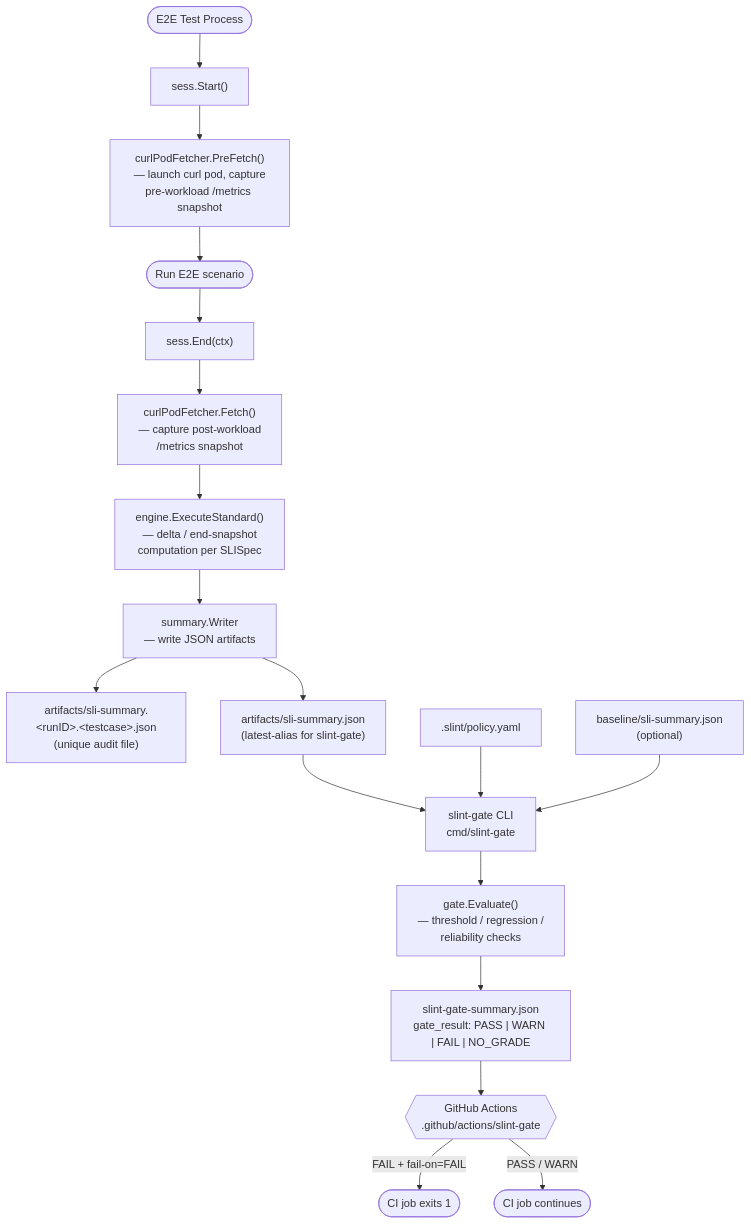
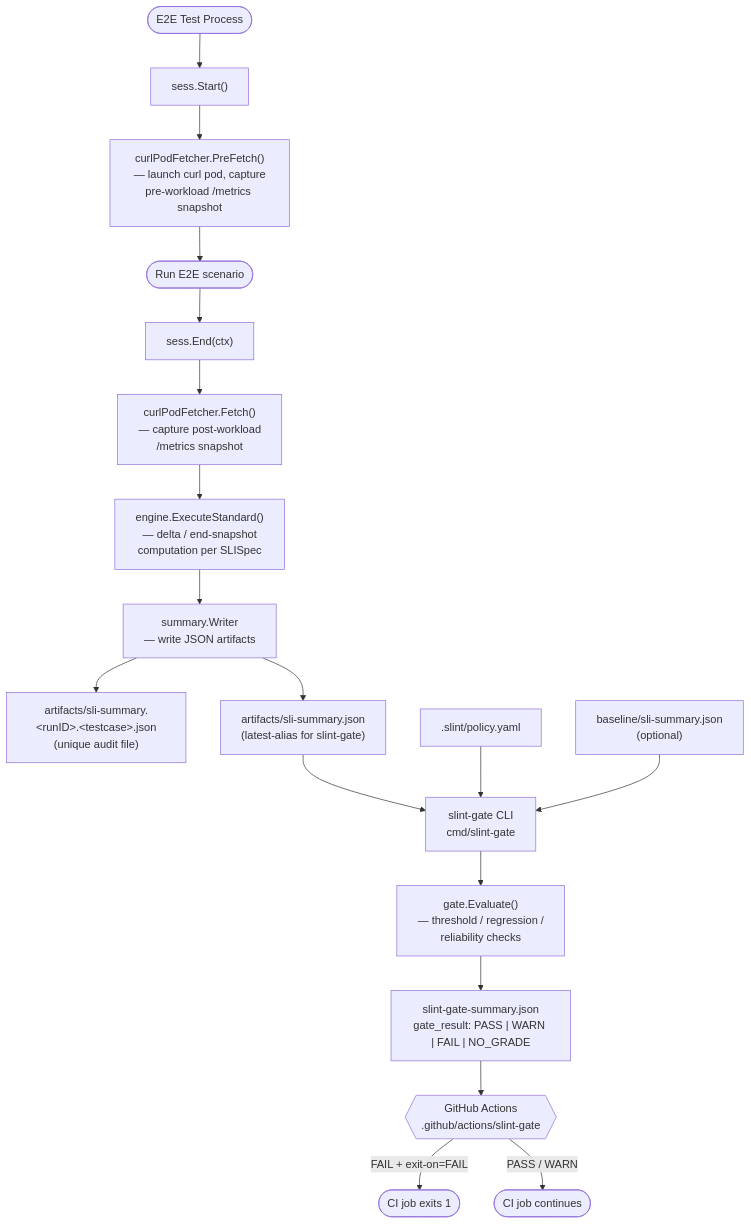
Before and after one commit to HeaInSeo/kube-slint: the diagram in docs/architecture.md, drawn with Mermaid. The commit also changed other lines of this file and 4 other files, not shown here.

````diff
--- a/docs/architecture.md
+++ b/docs/architecture.md
@@ -11,22 +11,22 @@
 ```mermaid
 flowchart TD
     A([E2E Test Process]) --> B["sess.Start()"]
     B --> C["curlPodFetcher.PreFetch()\n— launch curl pod, capture\npre-workload /metrics snapshot"]
     C --> D([Run E2E scenario])
     D --> E["sess.End(ctx)"]
     E --> F["curlPodFetcher.Fetch()\n— capture post-workload\n/metrics snapshot"]
     F --> G["engine.ExecuteStandard()\n— delta / end-snapshot\ncomputation per SLISpec"]
     G --> H["summary.Writer\n— write JSON artifacts"]
     H --> I["artifacts/sli-summary.&lt;runID&gt;.&lt;testcase&gt;.json\n(unique audit file)"]
     H --> J["artifacts/sli-summary.json\n(latest-alias for slint-gate)"]
 
     J --> K["slint-gate CLI\ncmd/slint-gate"]
     L[".slint/policy.yaml"] --> K
     M["baseline/sli-summary.json\n(optional)"] --> K
     K --> N["gate.Evaluate()\n— threshold / regression /\nreliability checks"]
     N --> O["slint-gate-summary.json\ngate_result: PASS | WARN | FAIL | NO_GRADE"]
 
     O --> P{{"GitHub Actions\n.github/actions/slint-gate"}}
-    P -- "FAIL + fail-on=FAIL" --> Q([CI job exits 1])
+    P -- "FAIL + exit-on=FAIL" --> Q([CI job exits 1])
     P -- "PASS / WARN" --> R([CI job continues])
 ```
````
